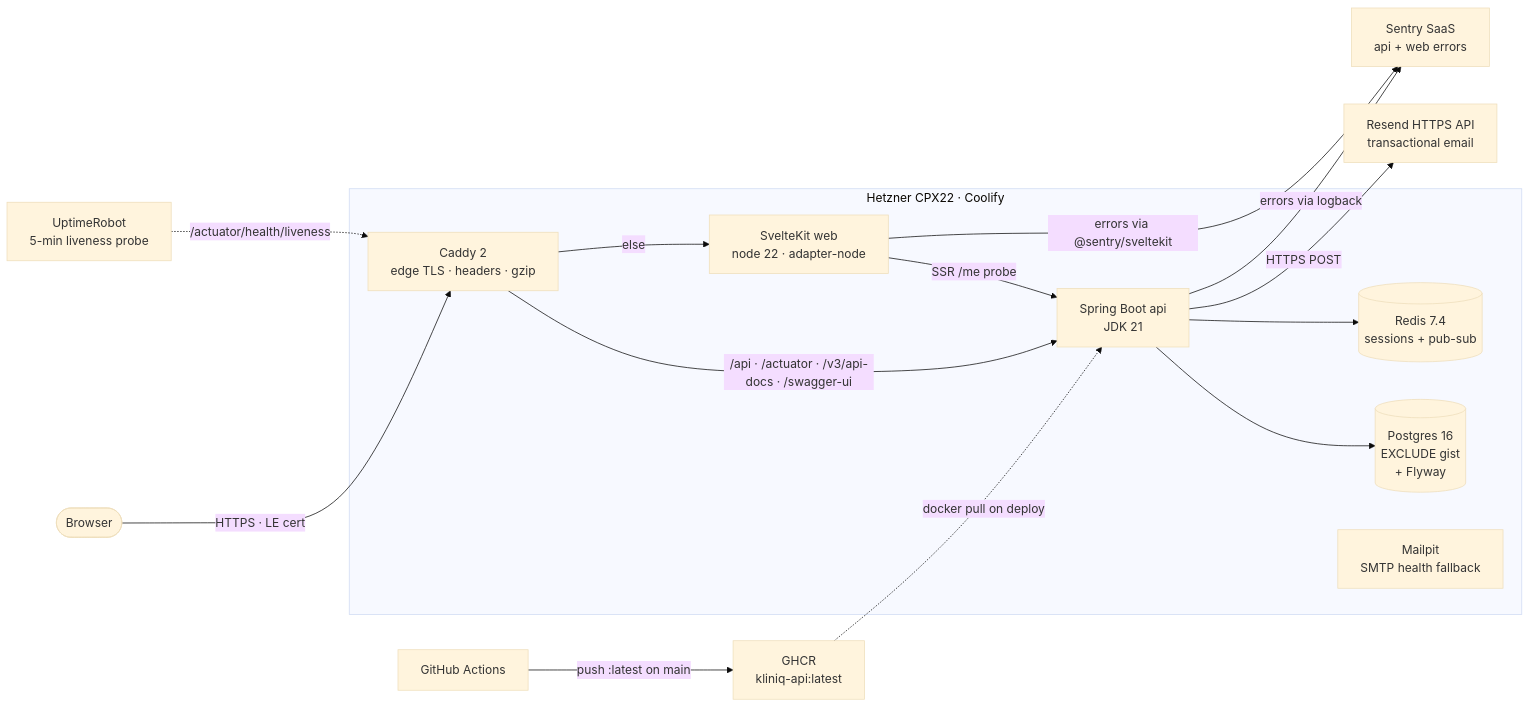
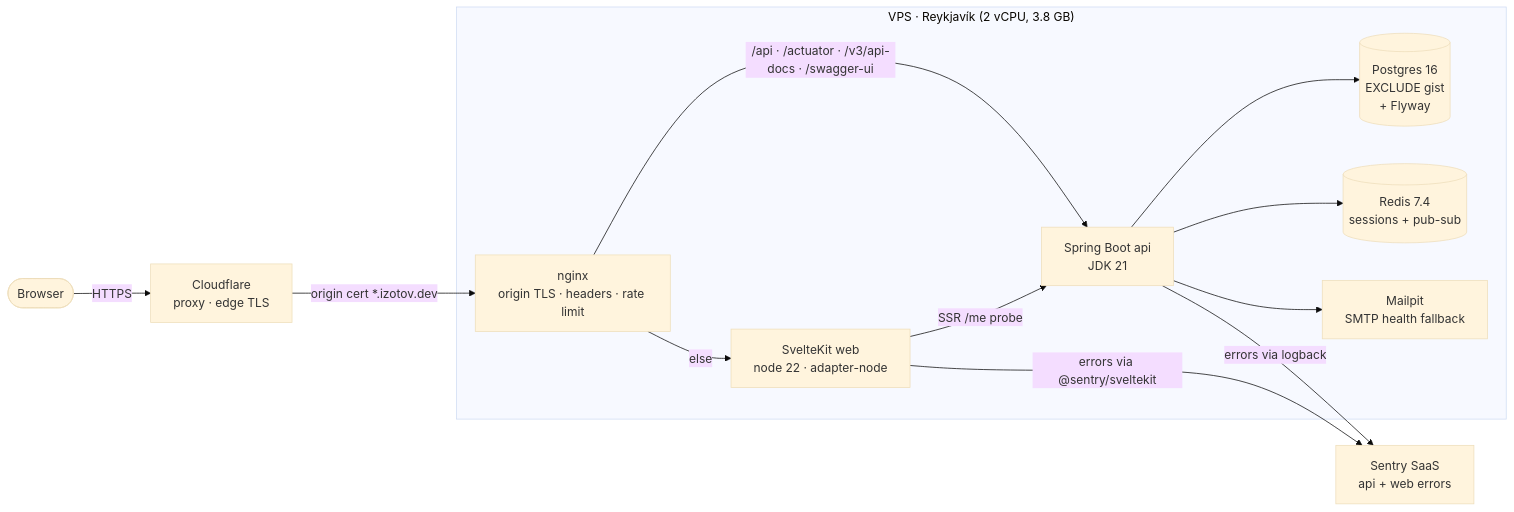
Before and after one commit to oleksandr-izotov/kliniq: the diagram in README.md, drawn with Mermaid (base theme). The commit also changed other lines of this file and 8 other files, not shown here.

First line of the commit message:
deploy: bring Kliniq back up on a self-managed VPS

````diff
--- a/README.md
+++ b/README.md
@@ -53,30 +53,25 @@
 ```mermaid
 flowchart LR
     Browser([Browser])
-    subgraph Hetzner["Hetzner CPX22 · Coolify"]
-        Caddy["Caddy 2<br/>edge TLS · headers · gzip"]
+    CF["Cloudflare<br/>proxy · edge TLS"]
+    subgraph VPS["VPS · Reykjavík (2 vCPU, 3.8 GB)"]
+        Nginx["nginx<br/>origin TLS · headers · rate limit"]
         Web["SvelteKit web<br/>node 22 · adapter-node"]
         API["Spring Boot api<br/>JDK 21"]
         Postgres[("Postgres 16<br/>EXCLUDE gist<br/>+ Flyway")]
         Redis[("Redis 7.4<br/>sessions + pub-sub")]
         Mailpit["Mailpit<br/>SMTP health fallback"]
     end
-    Resend["Resend HTTPS API<br/>transactional email"]
     Sentry["Sentry SaaS<br/>api + web errors"]
-    UptimeRobot["UptimeRobot<br/>5-min liveness probe"]
-    GHA["GitHub Actions"]
-    GHCR["GHCR<br/>kliniq-api:latest"]
 
-    Browser -->|HTTPS · LE cert| Caddy
-    Caddy -->|"/api · /actuator · /v3/api-docs · /swagger-ui"| API
-    Caddy -->|else| Web
+    Browser -->|HTTPS| CF
+    CF -->|"origin cert *.izotov.dev"| Nginx
+    Nginx -->|"/api · /actuator · /v3/api-docs · /swagger-ui"| API
+    Nginx -->|else| Web
     Web -->|SSR /me probe| API
     API --> Postgres
     API --> Redis
-    API -->|HTTPS POST| Resend
+    API --> Mailpit
     API -->|errors via logback| Sentry
     Web -->|errors via @sentry/sveltekit| Sentry
-    UptimeRobot -.->|"/actuator/health/liveness"| Caddy
-    GHA -->|push :latest on main| GHCR
-    GHCR -.->|docker pull on deploy| API
 ```
````
